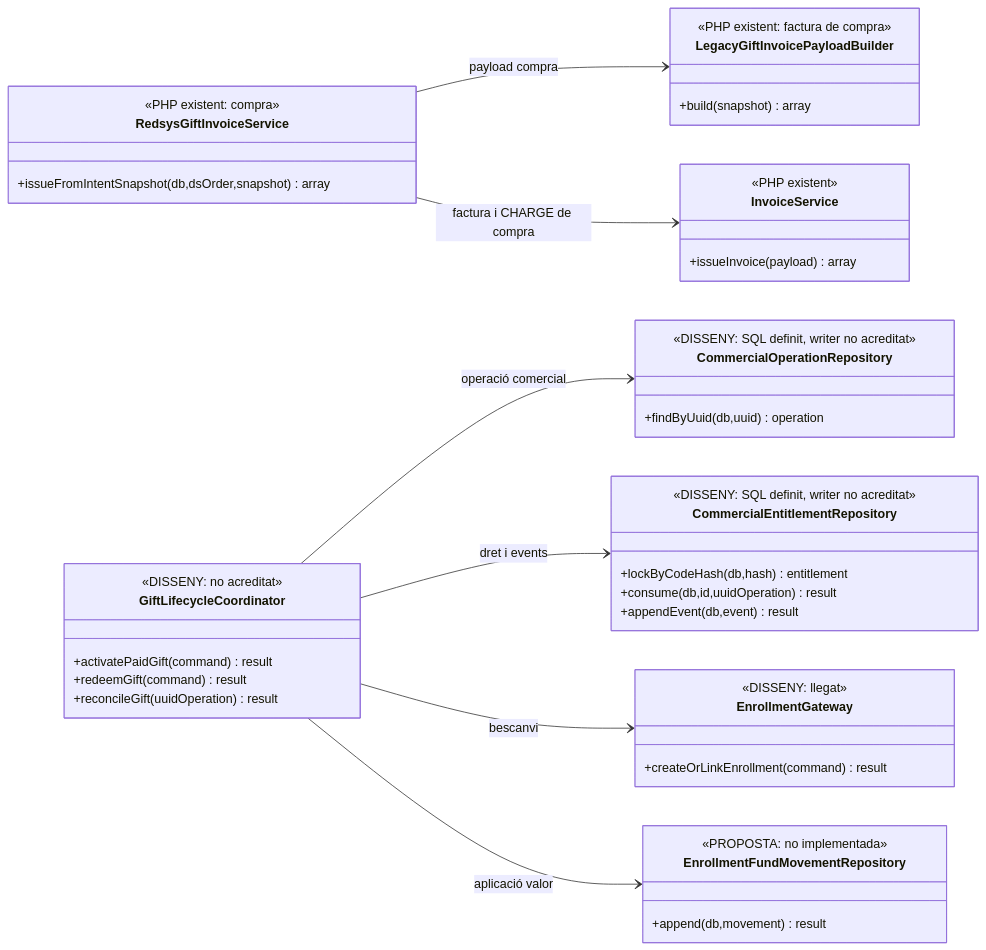
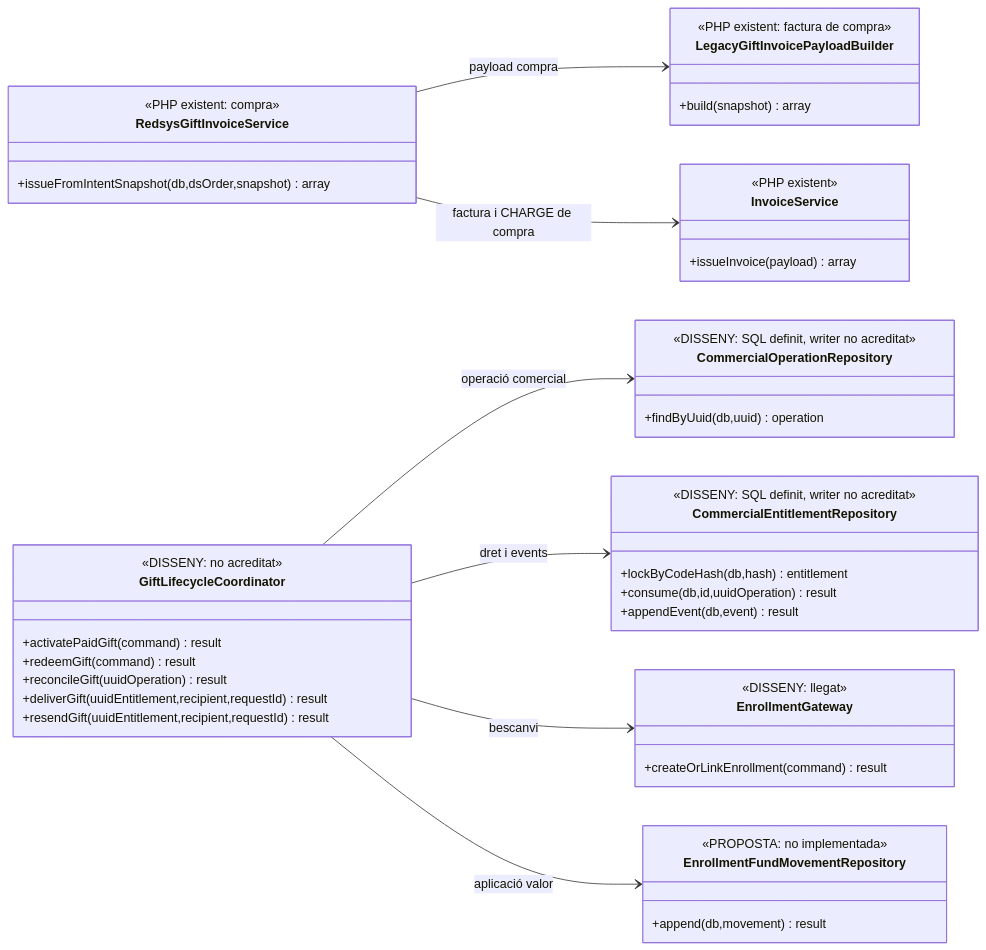
Before and after one commit to orgmeriemprismacat-del/verifactu: the second of 8 diagrams in documentacio/07-uml-integrat/uc-119-cicle-complet-regal.md, drawn with Mermaid. The commit also changed other lines of this file, not shown here.

Commit message:
docs(uml): ordenar seccions i signatures proposades d'activació i lliurament UC-119

````diff
--- a/documentacio/07-uml-integrat/uc-119-cicle-complet-regal.md
+++ b/documentacio/07-uml-integrat/uc-119-cicle-complet-regal.md
@@ -110,46 +110,48 @@
 ```mermaid
 classDiagram
 direction LR
 class RedsysGiftInvoiceService {
  <<PHP existent: compra>>
  +issueFromIntentSnapshot(db,dsOrder,snapshot) array
 }
 class LegacyGiftInvoicePayloadBuilder {
  <<PHP existent: factura de compra>>
  +build(snapshot) array
 }
 class InvoiceService {
  <<PHP existent>>
  +issueInvoice(payload) array
 }
 class GiftLifecycleCoordinator {
  <<DISSENY: no acreditat>>
  +activatePaidGift(command) result
  +redeemGift(command) result
  +reconcileGift(uuidOperation) result
+ +deliverGift(uuidEntitlement,recipient,requestId) result
+ +resendGift(uuidEntitlement,recipient,requestId) result
 }
 class CommercialOperationRepository {
  <<DISSENY: SQL definit, writer no acreditat>>
  +findByUuid(db,uuid) operation
 }
 class CommercialEntitlementRepository {
  <<DISSENY: SQL definit, writer no acreditat>>
  +lockByCodeHash(db,hash) entitlement
  +consume(db,id,uuidOperation) result
  +appendEvent(db,event) result
 }
 class EnrollmentGateway {
  <<DISSENY: llegat>>
  +createOrLinkEnrollment(command) result
 }
 class EnrollmentFundMovementRepository {
  <<PROPOSTA: no implementada>>
  +append(db,movement) result
 }
 RedsysGiftInvoiceService --> LegacyGiftInvoicePayloadBuilder : payload compra
 RedsysGiftInvoiceService --> InvoiceService : factura i CHARGE de compra
 GiftLifecycleCoordinator --> CommercialOperationRepository : operació comercial
 GiftLifecycleCoordinator --> CommercialEntitlementRepository : dret i events
 GiftLifecycleCoordinator --> EnrollmentGateway : bescanvi
 GiftLifecycleCoordinator --> EnrollmentFundMovementRepository : aplicació valor
 ```
````
